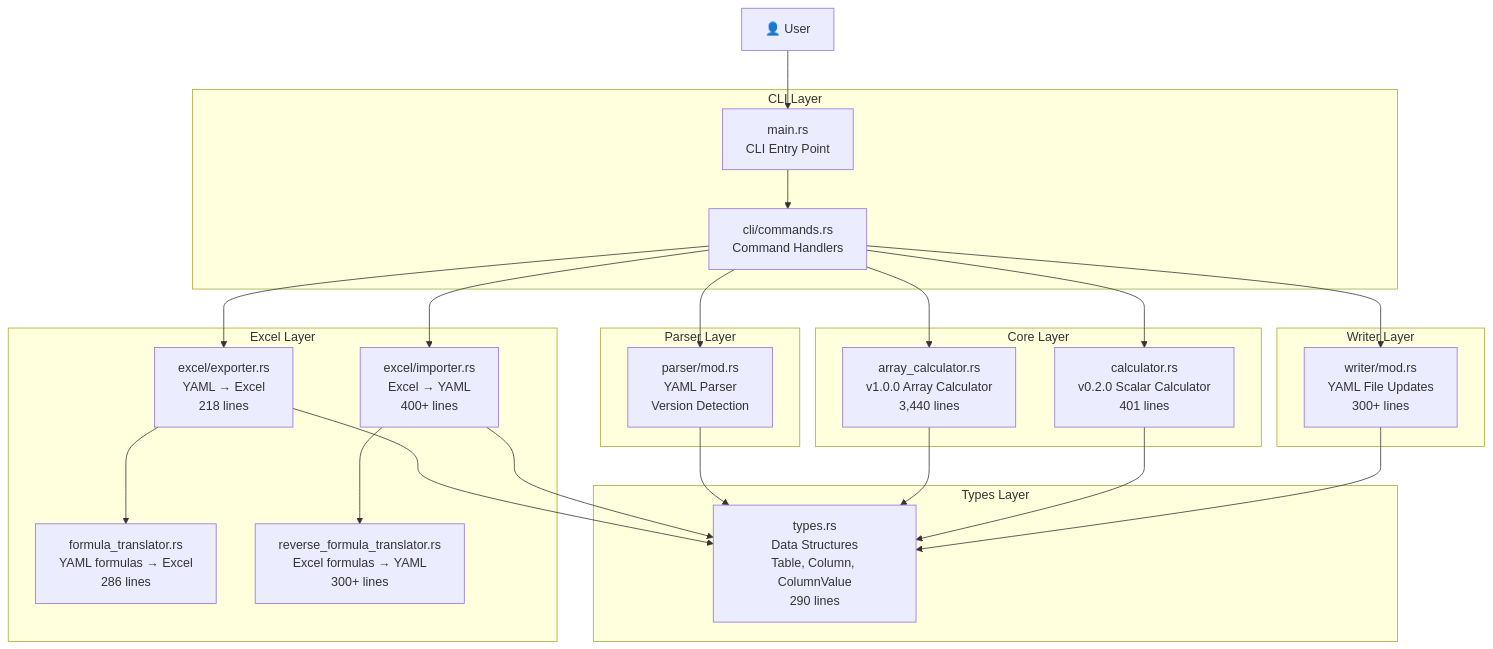
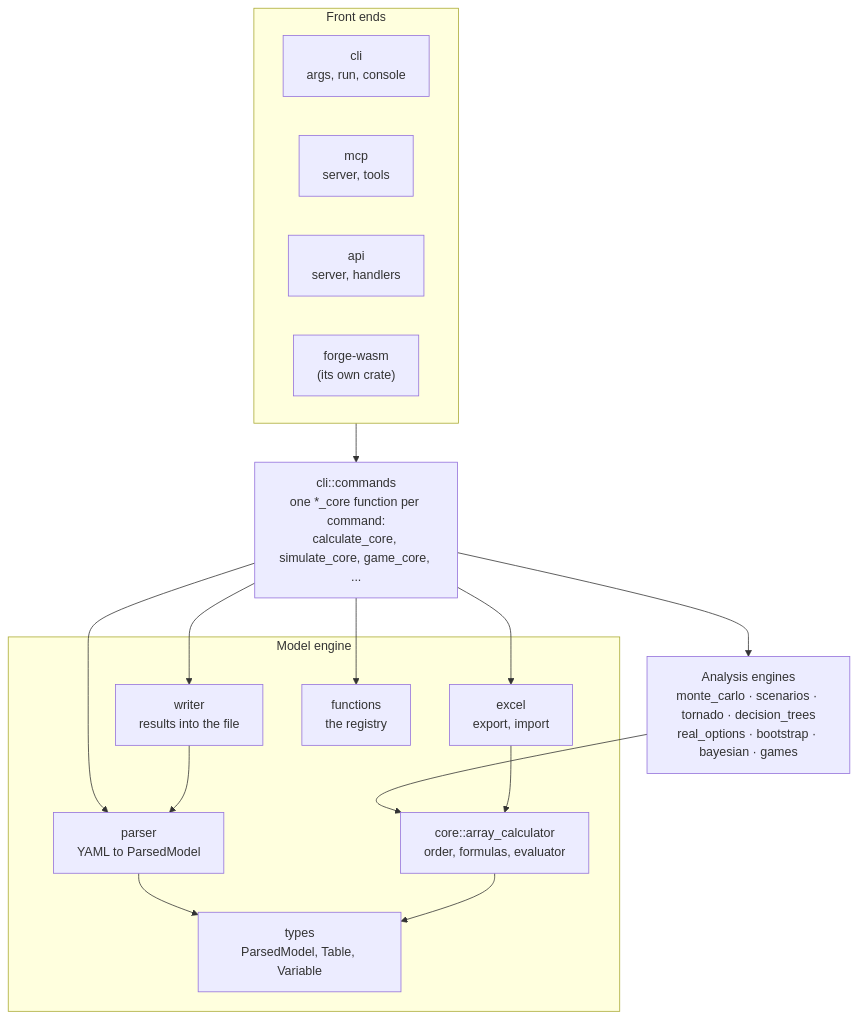
One commit to mollendorff-ai/forge changed the first of 4 diagrams in docs/architecture/01-COMPONENT-ARCHITECTURE.md. Above: the diagram before and after it, drawn with Mermaid. The commit also changed other lines of this file and 29 other files, not shown here.

First line of the commit message:
Rewrite the architecture docs from the code, with diagrams and a check

````diff
--- a/docs/architecture/01-COMPONENT-ARCHITECTURE.md
+++ b/docs/architecture/01-COMPONENT-ARCHITECTURE.md
@@ -62,50 +7,35 @@
 ```mermaid
-graph TB
-    User["👤 User"]
-
-    subgraph "CLI Layer"
-        Main["main.rs<br/>CLI Entry Point"]
-        Commands["cli/commands.rs<br/>Command Handlers"]
+flowchart TB
+    subgraph doors["Front ends"]
+        direction LR
+        cli["cli<br/>args, run, console"]
+        mcp["mcp<br/>server, tools"]
+        api["api<br/>server, handlers"]
+        wasm["forge-wasm<br/>(its own crate)"]
     end
 
-    subgraph "Parser Layer"
-        Parser["parser/mod.rs<br/>YAML Parser<br/>Version Detection"]
+    cores["cli::commands<br/>one *_core function per command:<br/>calculate_core, simulate_core, game_core, ..."]
+
+    analyses["Analysis engines<br/>monte_carlo · scenarios · tornado · decision_trees<br/>real_options · bootstrap · bayesian · games"]
+
+    subgraph engine["Model engine"]
+        parser["parser<br/>YAML to ParsedModel"]
+        writer["writer<br/>results into the file"]
+        excel["excel<br/>export, import"]
+        calc["core::array_calculator<br/>order, formulas, evaluator"]
+        functions["functions<br/>the registry"]
+        types["types<br/>ParsedModel, Table, Variable"]
     end
 
-    subgraph "Core Layer"
-        ArrayCalc["array_calculator.rs<br/>v1.0.0 Array Calculator<br/>3,440 lines"]
-        ScalarCalc["calculator.rs<br/>v0.2.0 Scalar Calculator<br/>401 lines"]
-    end
-
-    subgraph "Writer Layer"
-        Writer["writer/mod.rs<br/>YAML File Updates<br/>300+ lines"]
-    end
-
-    subgraph "Excel Layer"
-        Exporter["excel/exporter.rs<br/>YAML → Excel<br/>218 lines"]
-        Importer["excel/importer.rs<br/>Excel → YAML<br/>400+ lines"]
-        FormulaTranslator["formula_translator.rs<br/>YAML formulas → Excel<br/>286 lines"]
-        ReverseTranslator["reverse_formula_translator.rs<br/>Excel formulas → YAML<br/>300+ lines"]
-    end
-
-    subgraph "Types Layer"
-        Types["types.rs<br/>Data Structures<br/>Table, Column, ColumnValue<br/>290 lines"]
-    end
-
-    User --> Main
-    Main --> Commands
-    Commands --> Parser
-    Commands --> ArrayCalc
-    Commands --> ScalarCalc
-    Commands --> Writer
-    Commands --> Exporter
-    Commands --> Importer
-    Parser --> Types
-    ArrayCalc --> Types
-    ScalarCalc --> Types
-    Writer --> Types
-    Exporter --> Types
-    Exporter --> FormulaTranslator
-    Importer --> Types
-    Importer --> ReverseTranslator
+    doors --> cores
+    cores --> analyses
+    cores --> parser
+    cores --> writer
+    cores --> excel
+    cores --> functions
+    analyses --> calc
+    excel --> calc
+    writer --> parser
+    parser --> types
+    calc --> types
 ```
````
